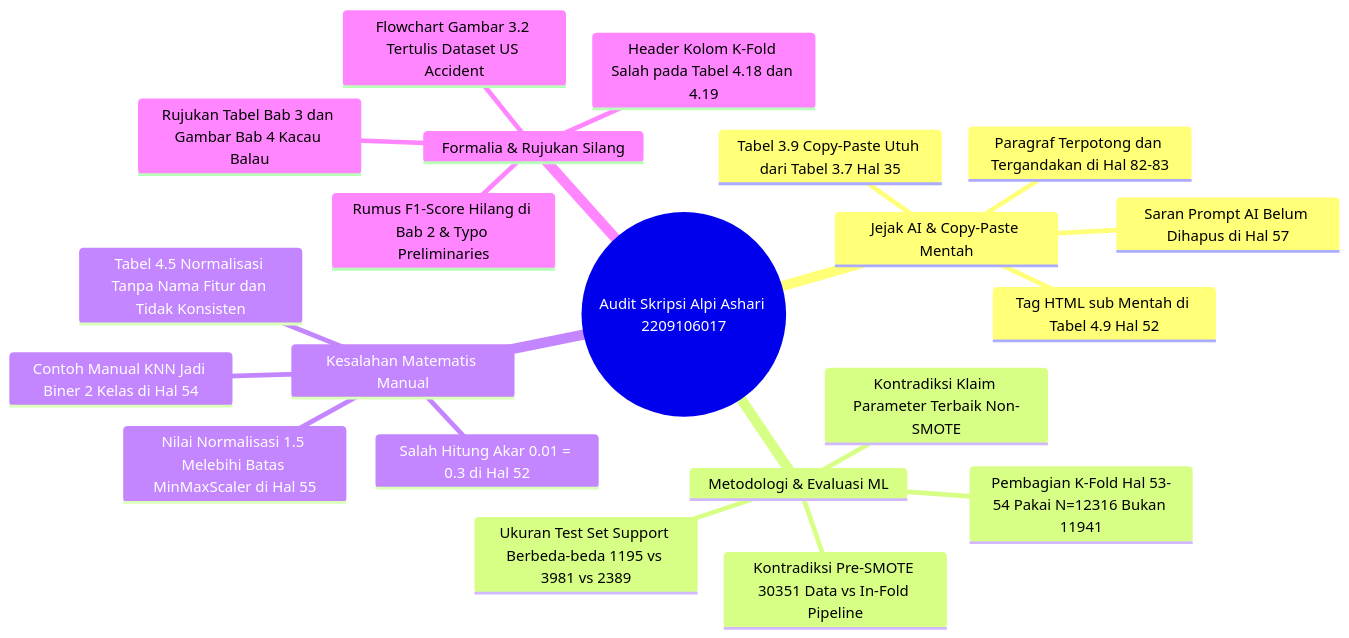
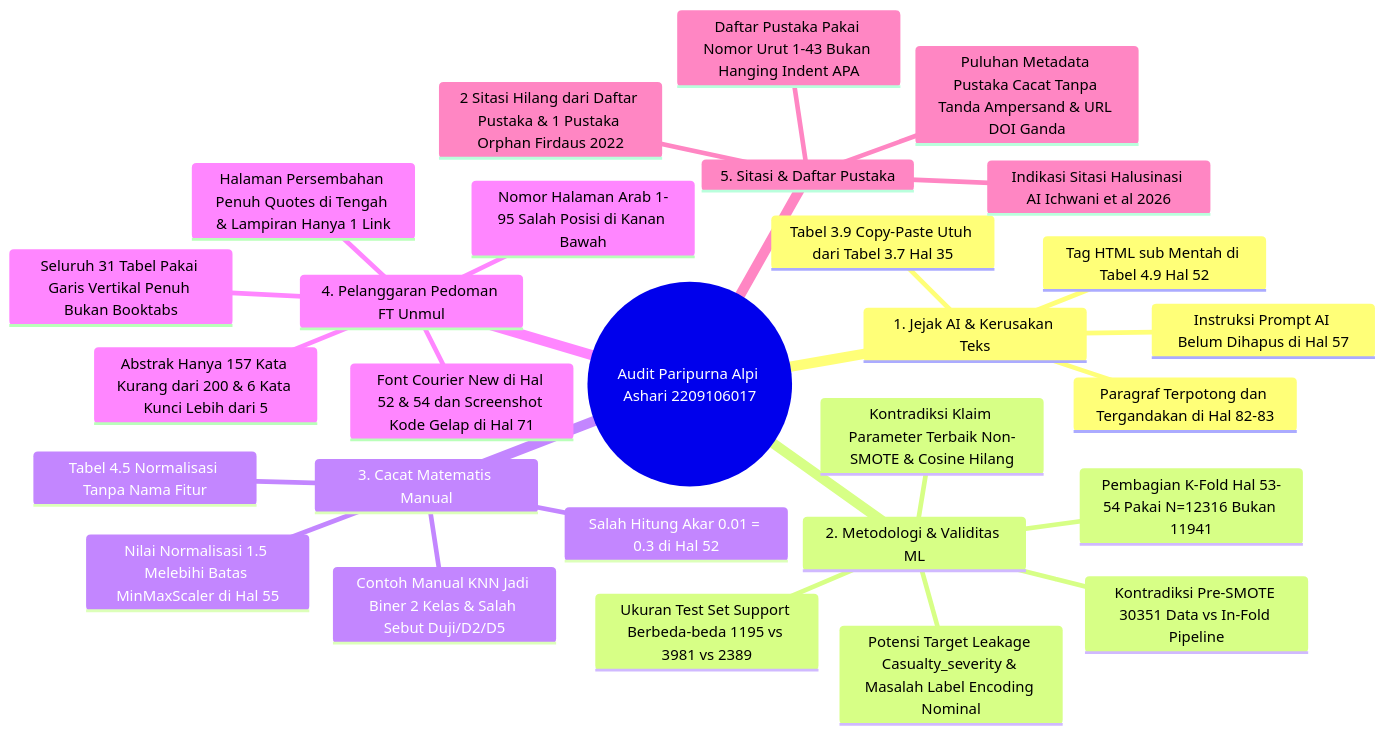
Before and after one commit to antonprafanto/thesis-consultation: the diagram in audit_mahasiswa/laporan_audit_skripsi_muhammad_alpi_ashari.md, drawn with Mermaid. The commit also changed other lines of this file, not shown here.

Commit message:
docs(audit): expand forensic audit for Muhammad Alpi Ashari with FT Unmul guideline & citation cross-checks

````diff
--- a/audit_mahasiswa/laporan_audit_skripsi_muhammad_alpi_ashari.md
+++ b/audit_mahasiswa/laporan_audit_skripsi_muhammad_alpi_ashari.md
@@ -38,24 +36,31 @@
 ```mermaid
 mindmap
-  root((Audit Skripsi Alpi Ashari 2209106017))
-    Jejak AI & Copy-Paste Mentah
-      Saran Prompt AI Belum Dihapus di Hal 57
+  root((Audit Paripurna Alpi Ashari 2209106017))
+    1. Jejak AI & Kerusakan Teks
+      Instruksi Prompt AI Belum Dihapus di Hal 57
       Tag HTML sub Mentah di Tabel 4.9 Hal 52
       Paragraf Terpotong dan Tergandakan di Hal 82-83
       Tabel 3.9 Copy-Paste Utuh dari Tabel 3.7 Hal 35
-    Metodologi & Evaluasi ML
+    2. Metodologi & Validitas ML
       Ukuran Test Set Support Berbeda-beda 1195 vs 3981 vs 2389
       Kontradiksi Pre-SMOTE 30351 Data vs In-Fold Pipeline
       Pembagian K-Fold Hal 53-54 Pakai N=12316 Bukan 11941
-      Kontradiksi Klaim Parameter Terbaik Non-SMOTE
-    Kesalahan Matematis Manual
+      Kontradiksi Klaim Parameter Terbaik Non-SMOTE & Cosine Hilang
+      Potensi Target Leakage Casualty_severity & Masalah Label Encoding Nominal
+    3. Cacat Matematis Manual
       Salah Hitung Akar 0.01 = 0.3 di Hal 52
       Nilai Normalisasi 1.5 Melebihi Batas MinMaxScaler di Hal 55
-      Contoh Manual KNN Jadi Biner 2 Kelas di Hal 54
-      Tabel 4.5 Normalisasi Tanpa Nama Fitur dan Tidak Konsisten
-    Formalia & Rujukan Silang
-      Flowchart Gambar 3.2 Tertulis Dataset US Accident
-      Header Kolom K-Fold Salah pada Tabel 4.18 dan 4.19
-      Rujukan Tabel Bab 3 dan Gambar Bab 4 Kacau Balau
-      Rumus F1-Score Hilang di Bab 2 & Typo Preliminaries
+      Contoh Manual KNN Jadi Biner 2 Kelas & Salah Sebut Duji/D2/D5
+      Tabel 4.5 Normalisasi Tanpa Nama Fitur
+    4. Pelanggaran Pedoman FT Unmul
+      Nomor Halaman Arab 1-95 Salah Posisi di Kanan Bawah
+      Seluruh 31 Tabel Pakai Garis Vertikal Penuh Bukan Booktabs
+      Font Courier New di Hal 52 & 54 dan Screenshot Kode Gelap di Hal 71
+      Abstrak Hanya 157 Kata Kurang dari 200 & 6 Kata Kunci Lebih dari 5
+      Halaman Persembahan Penuh Quotes di Tengah & Lampiran Hanya 1 Link
+    5. Sitasi & Daftar Pustaka
+      Daftar Pustaka Pakai Nomor Urut 1-43 Bukan Hanging Indent APA
+      2 Sitasi Hilang dari Daftar Pustaka & 1 Pustaka Orphan Firdaus 2022
+      Indikasi Sitasi Halusinasi AI Ichwani et al 2026
+      Puluhan Metadata Pustaka Cacat Tanpa Tanda Ampersand & URL DOI Ganda
 ```
````
